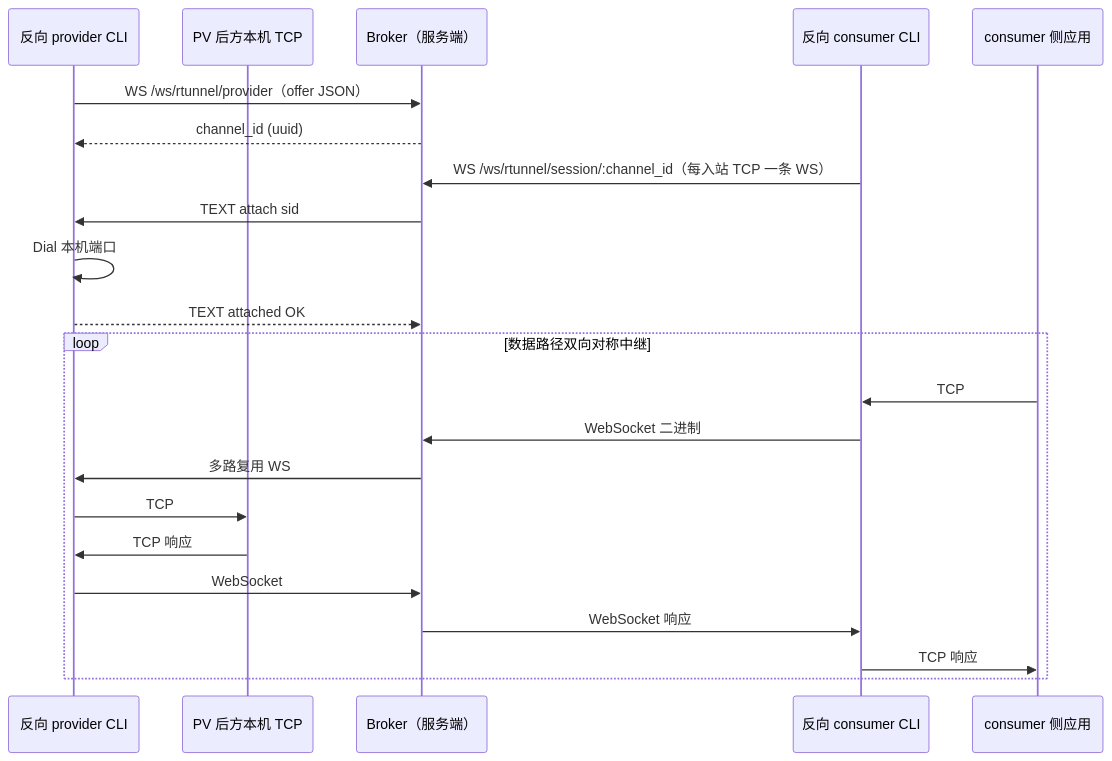
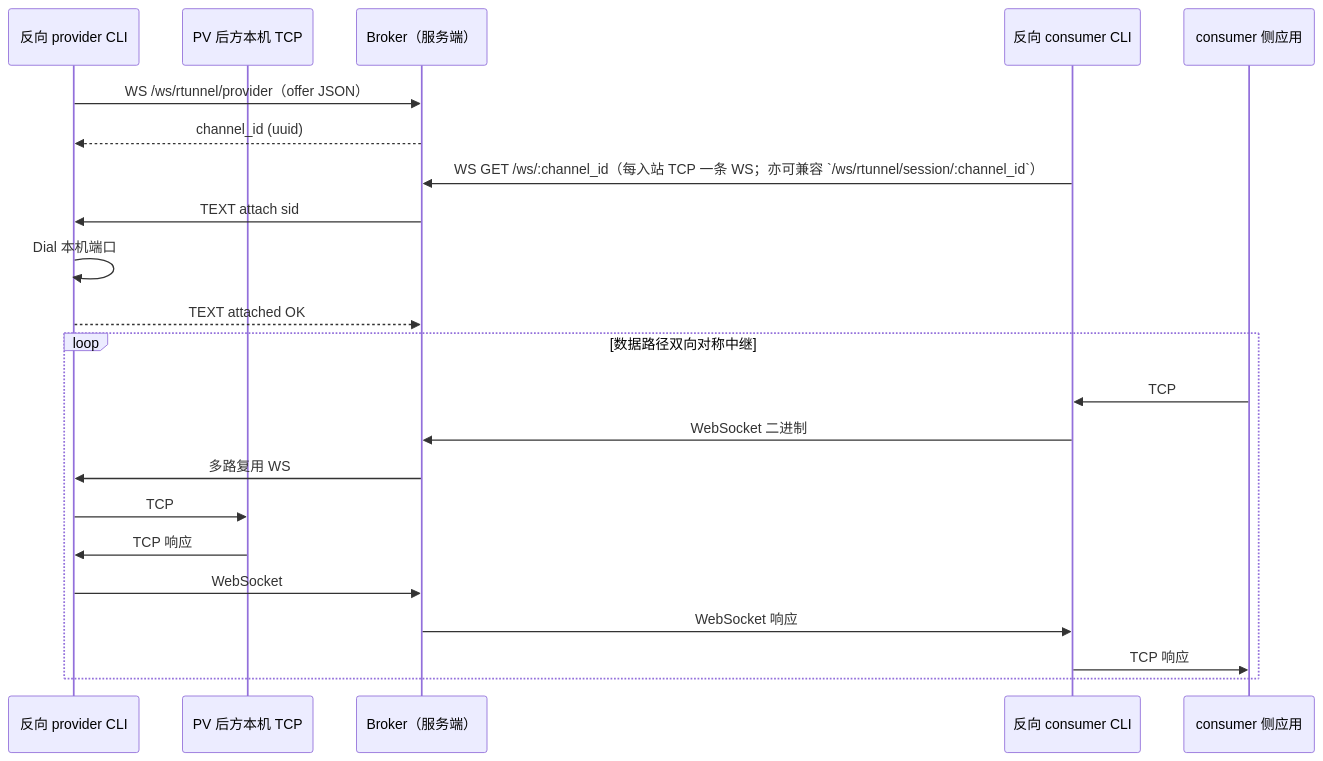
One commit to jiapeng1004/pspxy changed the second of 2 diagrams in README.zh-CN.md. Above: the diagram before and after it, drawn with Mermaid. The commit also changed other lines of this file and 33 other files, not shown here.

````diff
--- a/README.zh-CN.md
+++ b/README.zh-CN.md
@@ -134,25 +134,25 @@
 ```mermaid
 sequenceDiagram
     participant PV as 反向 provider CLI
     participant LOC as PV 后方本机 TCP
     participant SRV as Broker（服务端）
     participant CS as 反向 consumer CLI
     participant LHS as consumer 侧应用
 
     PV->>SRV: WS /ws/rtunnel/provider（offer JSON）
     SRV-->>PV: channel_id (uuid)
-    CS->>SRV: WS /ws/rtunnel/session/:channel_id（每入站 TCP 一条 WS）
+    CS->>SRV: WS GET /ws/:channel_id（每入站 TCP 一条 WS；亦可兼容 `/ws/rtunnel/session/:channel_id`）
     SRV->>PV: TEXT attach sid
     PV->>PV: Dial 本机端口
     PV-->>SRV: TEXT attached OK
     loop 数据路径双向对称中继
       LHS->>CS: TCP
       CS->>SRV: WebSocket 二进制
       SRV->>PV: 多路复用 WS
       PV->>LOC: TCP
       LOC->>PV: TCP 响应
       PV->>SRV: WebSocket
       SRV->>CS: WebSocket 响应
       CS->>LHS: TCP 响应
     end
 ```
````
